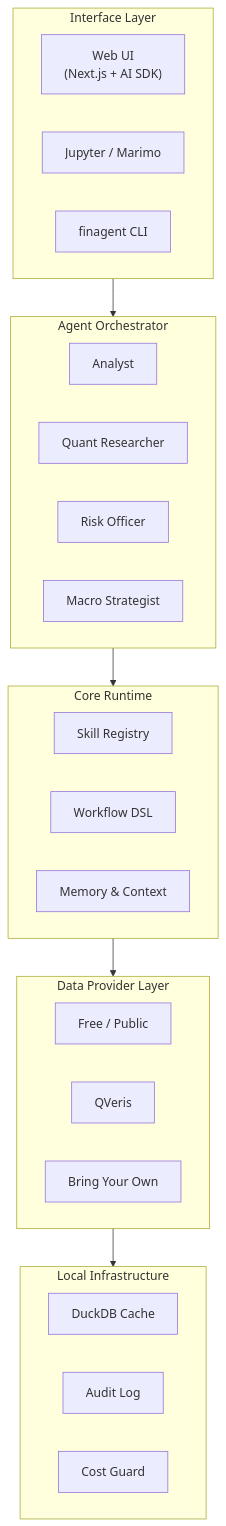
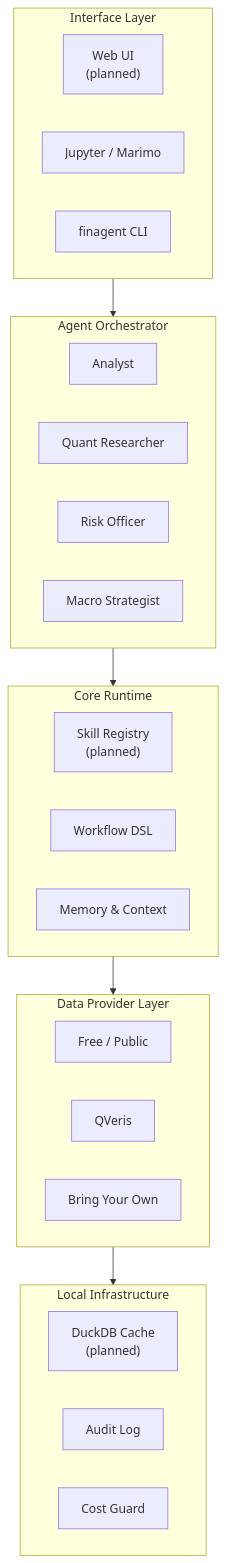
Before and after one commit to Leon-Drq/openfinagent: the diagram in README.md, drawn with Mermaid. The commit also changed other lines of this file and 19 other files, not shown here.

Commit message:
Add offline demo onboarding flow

````diff
--- a/README.md
+++ b/README.md
@@ -271,38 +304,38 @@
 ```mermaid
 flowchart TB
     subgraph UI["Interface Layer"]
-        WebUI["Web UI<br/>(Next.js + AI SDK)"]
+        WebUI["Web UI<br/>(planned)"]
         Notebook["Jupyter / Marimo"]
         CLI["finagent CLI"]
     end
 
     subgraph Orchestrator["Agent Orchestrator"]
         Analyst["Analyst"]
         Quant["Quant Researcher"]
         Risk["Risk Officer"]
         Macro["Macro Strategist"]
     end
 
     subgraph Core["Core Runtime"]
-        Skills["Skill Registry"]
+        Skills["Skill Registry<br/>(planned)"]
         Workflow["Workflow DSL"]
         Memory["Memory & Context"]
     end
 
     subgraph Providers["Data Provider Layer"]
         Free["Free / Public"]
         QV["QVeris"]
         BYO["Bring Your Own"]
     end
 
     subgraph Infra["Local Infrastructure"]
-        Cache["DuckDB Cache"]
+        Cache["DuckDB Cache<br/>(planned)"]
         Audit["Audit Log"]
         Budget["Cost Guard"]
     end
 
     UI --> Orchestrator
     Orchestrator --> Core
     Core --> Providers
     Providers --> Infra
 ```
````
